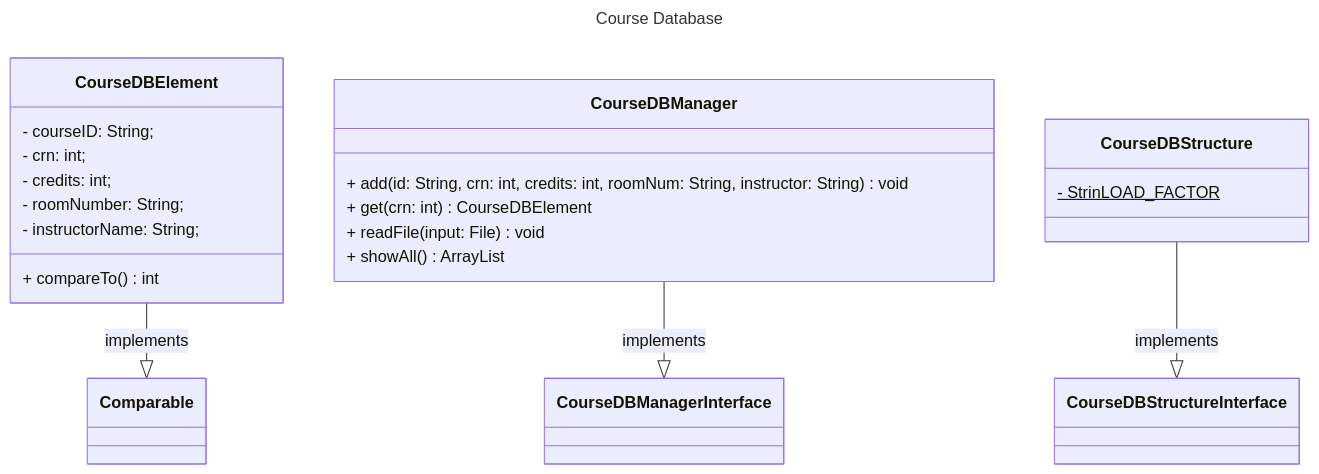
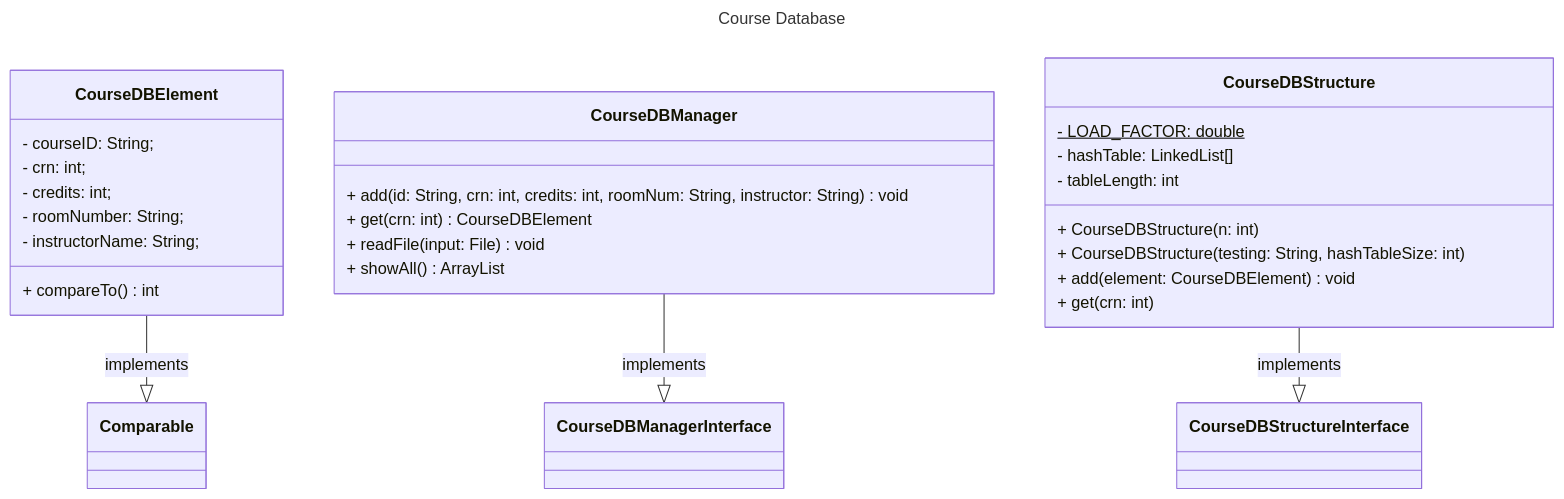
One commit to nick-nugat/nick-nugat.github.io changed the diagram in content/project-designs/cmsc204/NguyenNicholas_Assignment4_Design/assignment4-design.md. Above: the diagram before and after it, drawn with Mermaid. The commit also changed other lines of this file and 1 other file, not shown here.

Commit message:
vault backup: 2024-03-15 16:25:16
Affected files:
content/.obsidian/plugins/update-time-on-edit/data.json
content/project-designs/cmsc204/NguyenNicholas_Assignment4_Design/assignment4-design.md

````diff
--- a/content/project-designs/cmsc204/NguyenNicholas_Assignment4_Design/assignment4-design.md
+++ b/content/project-designs/cmsc204/NguyenNicholas_Assignment4_Design/assignment4-design.md
@@ -15,35 +15,43 @@
 ```mermaid
 ---
 title: Course Database
 ---
 classDiagram
 	direction BT
 
 	Comparable <|-- CourseDBElement: implements
 	CourseDBManagerInterface <|-- CourseDBManager: implements
 	CourseDBStructureInterface <|-- CourseDBStructure: implements
 	
 	
 	class CourseDBElement { 
 	    - courseID: String;  
 	    - crn: int;  
 	    - credits: int;  
 	    - roomNumber: String;  
 	    - instructorName: String;  
 	  
 	    + compareTo() int
 	}
 	
 	 class CourseDBManager{
 		 + add(id: String, crn: int, credits: int, roomNum: String, instructor: String) void
 		 + get(crn: int) CourseDBElement
 		 + readFile(input: File) void
 		 + showAll() ArrayList<String>
 	 }
 	
 	 class CourseDBStructure{
-		 - StrinLOAD_FACTOR$
+		 - LOAD_FACTOR: double$
+		 - hashTable: LinkedList<CourseDBElement>[]
+		 - tableLength: int
+		   
+		 + CourseDBStructure(n: int)
+		 + CourseDBStructure(testing: String, hashTableSize: int)
+		   
+		 + add(element: CourseDBElement) void
+		 + get(crn: int)
 	 }
 
 
 ```
````
